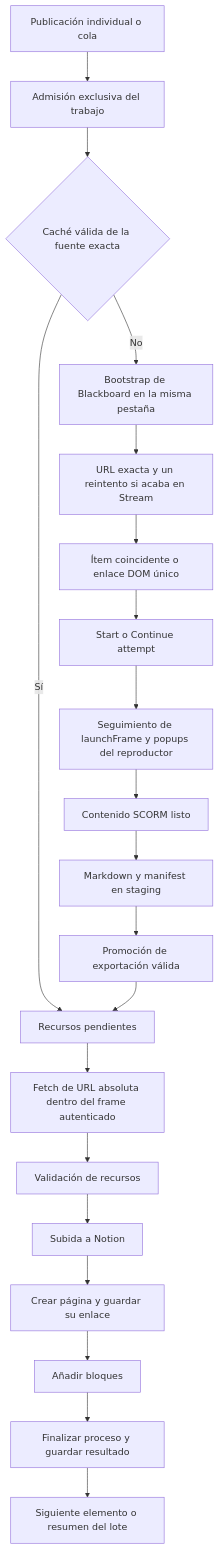
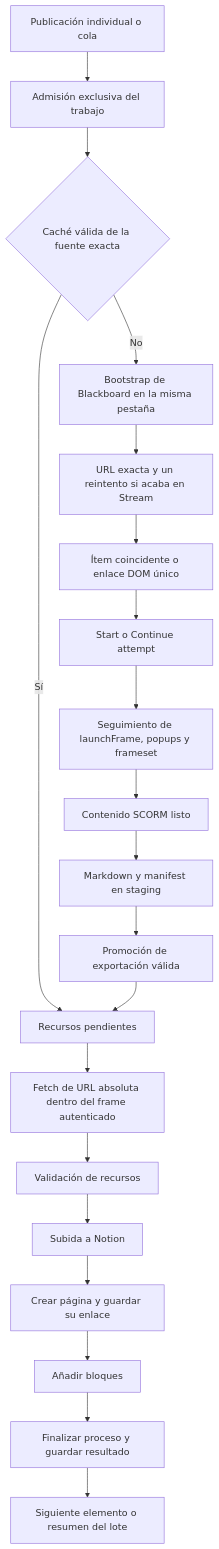
The diagram in docs/architecture.md (jnjambrin0/Scorm-web-scrapping), drawn with Mermaid before and after one commit. The commit also changed other lines of this file and 5 other files, not shown here.

````diff
--- a/docs/architecture.md
+++ b/docs/architecture.md
@@ -13,22 +13,22 @@
 ```mermaid
 flowchart TD
   UI[Publicación individual o cola] --> Admission[Admisión exclusiva del trabajo]
   Admission --> Cache{Caché válida de la fuente exacta}
   Cache -->|No| Bootstrap[Bootstrap de Blackboard en la misma pestaña]
   Bootstrap --> Source[URL exacta y un reintento si acaba en Stream]
   Source --> Item[Ítem coincidente o enlace DOM único]
   Item --> Attempt[Start o Continue attempt]
-  Attempt --> Player[Seguimiento de launchFrame y popups del reproductor]
+  Attempt --> Player[Seguimiento de launchFrame, popups y frameset]
   Player --> Content[Contenido SCORM listo]
   Content --> Markdown[Markdown y manifest en staging]
   Markdown --> Promote[Promoción de exportación válida]
   Cache -->|Sí| Assets[Recursos pendientes]
   Promote --> Assets
   Assets --> Download[Fetch de URL absoluta dentro del frame autenticado]
   Download --> Validate[Validación de recursos]
   Validate --> Upload[Subida a Notion]
   Upload --> Page[Crear página y guardar su enlace]
   Page --> Blocks[Añadir bloques]
   Blocks --> Close[Finalizar proceso y guardar resultado]
   Close --> Next[Siguiente elemento o resumen del lote]
 ```
````
